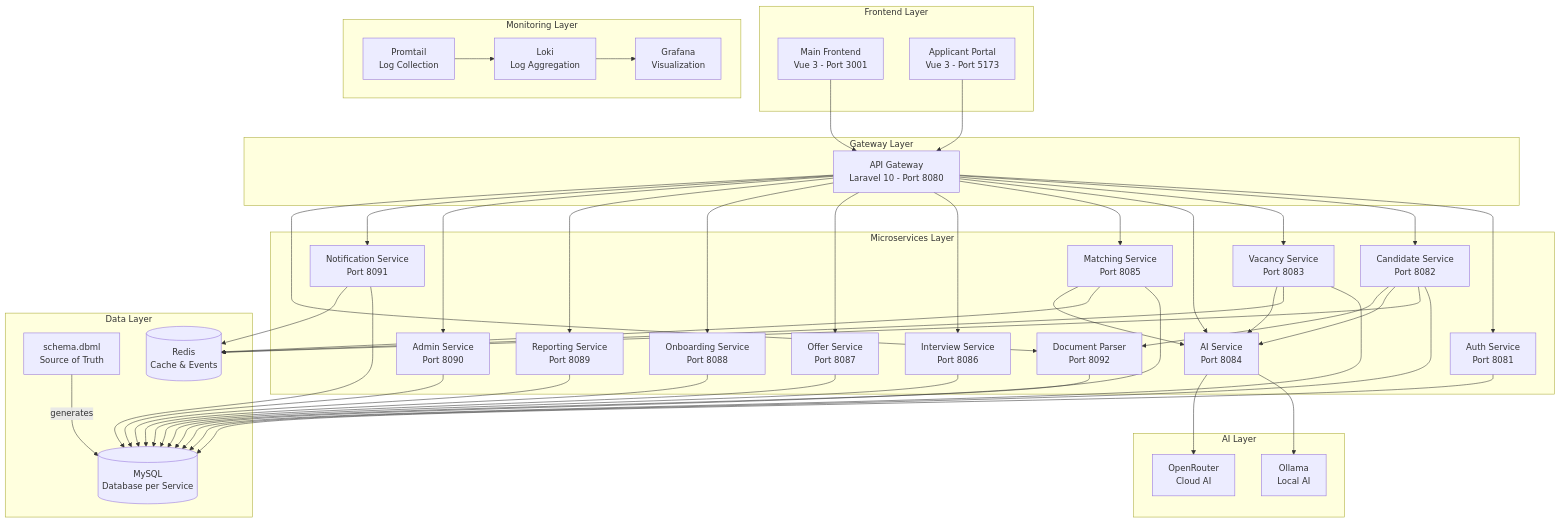
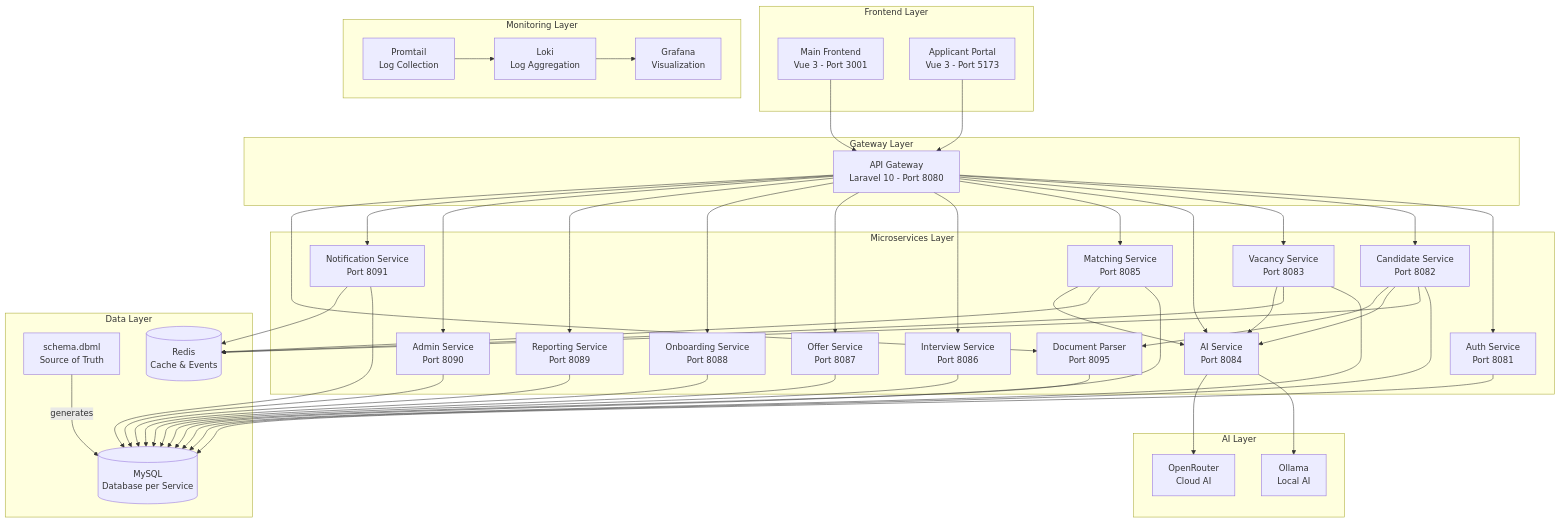
One commit to steelburn/candidacy changed the diagram in ARCHITECTURE.md. Above: the diagram before and after it, drawn with Mermaid. The commit also changed 4 other files, not shown here.

```diff
--- a/ARCHITECTURE.md
+++ b/ARCHITECTURE.md
@@ -31,7 +31,7 @@
         REP[Reporting Service<br/>Port 8089]
         ADM[Admin Service<br/>Port 8090]
         NOT[Notification Service<br/>Port 8091]
-        DOC[Document Parser<br/>Port 8092]
+        DOC[Document Parser<br/>Port 8095]
     end
     
     subgraph "Data Layer"
```
